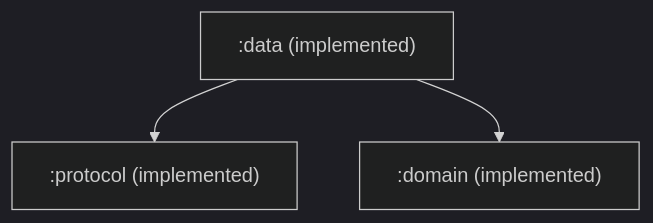
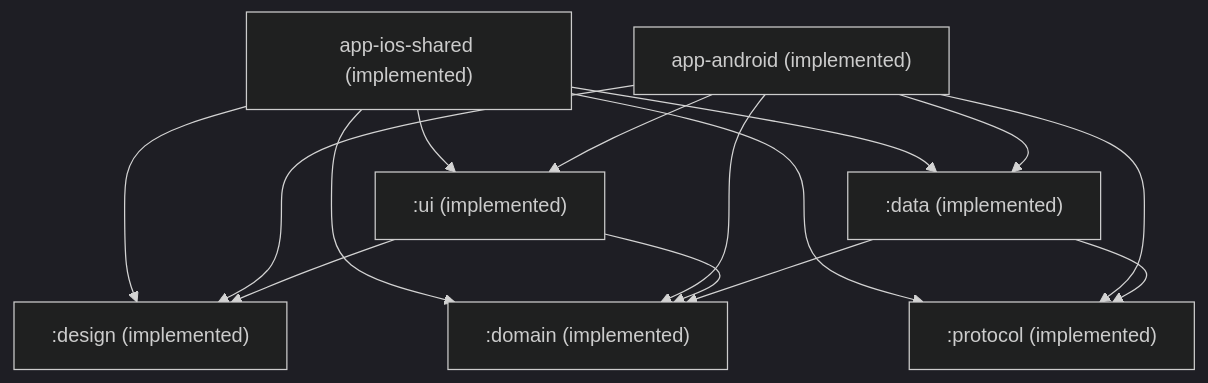
The diagram in ARCHITECTURE.md (dgmltn/Dpad), drawn with Mermaid (dark theme) before and after one commit. The commit also changed other lines of this file and 45 other files, not shown here.

First line of the commit message:
[ui] UI + app targets: design system, screens, Android + iOS entry points

````diff
--- a/ARCHITECTURE.md
+++ b/ARCHITECTURE.md
@@ -19,7 +18,20 @@
 ```mermaid
 graph TD
   protocol[":protocol (implemented)"]
   domain[":domain (implemented)"]
   data[":data (implemented)"] --> protocol
   data --> domain
+  design[":design (implemented)"]
+  ui[":ui (implemented)"] --> design
+  ui --> domain
+  appAndroid["app-android (implemented)"] --> ui
+  appAndroid --> data
+  appAndroid --> design
+  appAndroid --> domain
+  appAndroid --> protocol
+  appIosShared["app-ios-shared (implemented)"] --> ui
+  appIosShared --> data
+  appIosShared --> design
+  appIosShared --> domain
+  appIosShared --> protocol
 ```
````
